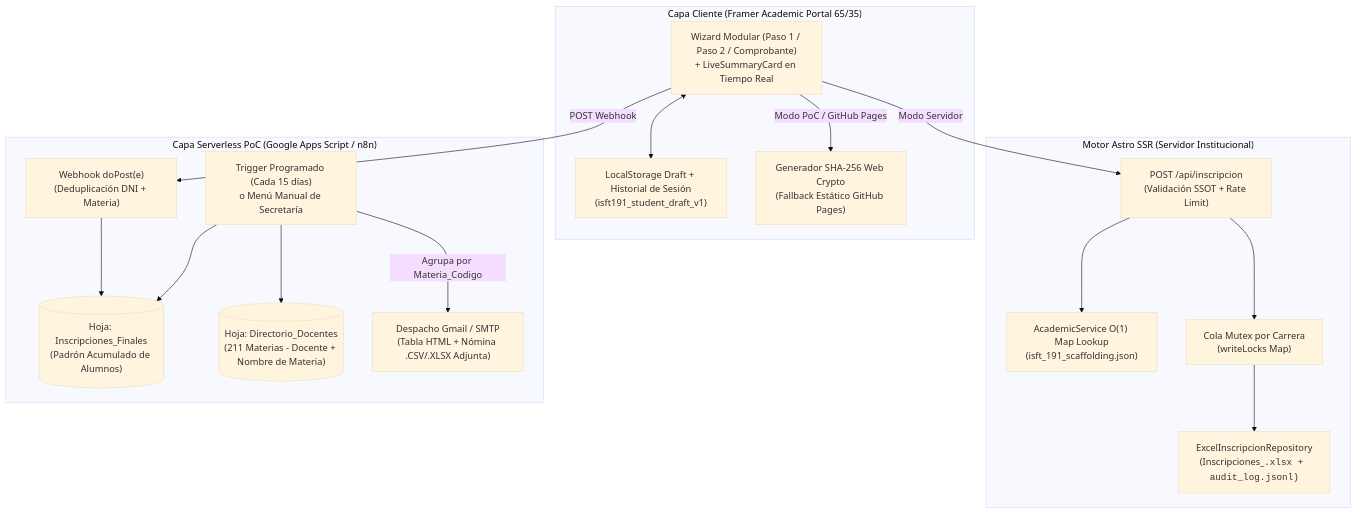
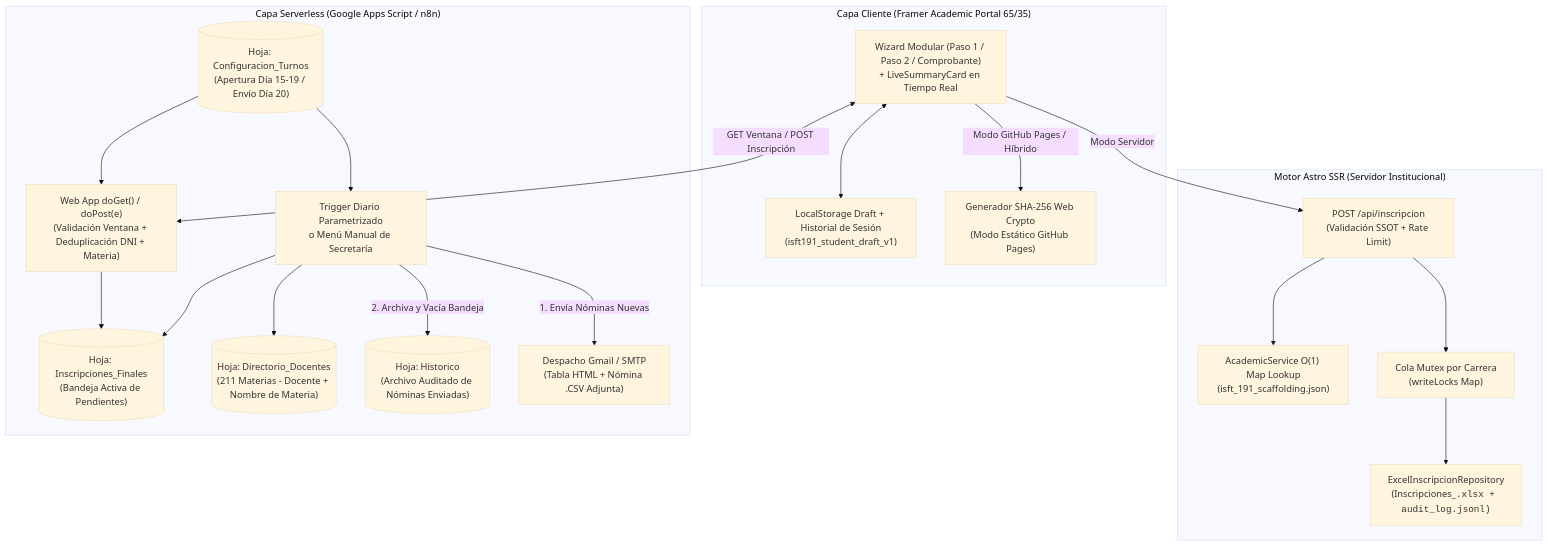
Before and after one commit to nedder3/formularios-web-isft: the first of 2 diagrams in README.md, drawn with Mermaid (base theme). The commit also changed other lines of this file, not shown here.

Commit message:
docs(readme): document live Apps Script endpoint response, Historico sheet flow and updated diagrams

````diff
--- a/README.md
+++ b/README.md
@@ -66,36 +66,41 @@
 ```mermaid
 flowchart TD
     subgraph ClientLayer["Capa Cliente (Framer Academic Portal 65/35)"]
         UI["Wizard Modular (Paso 1 / Paso 2 / Comprobante)\n+ LiveSummaryCard en Tiempo Real"]
         Draft["LocalStorage Draft + Historial de Sesión\n(isft191_student_draft_v1)"]
-        Crypto["Generador SHA-256 Web Crypto\n(Fallback Estático GitHub Pages)"]
+        Crypto["Generador SHA-256 Web Crypto\n(Modo Estático GitHub Pages)"]
     end
 
     subgraph ServerLayer["Motor Astro SSR (Servidor Institucional)"]
         APIPost["POST /api/inscripcion\n(Validación SSOT + Rate Limit)"]
         Catalog["AcademicService O(1) Map Lookup\n(isft_191_scaffolding.json)"]
         Mutex["Cola Mutex por Carrera\n(writeLocks Map)"]
         ExcelEngine["ExcelInscripcionRepository\n(Inscripciones_<CODE>.xlsx + audit_log.jsonl)"]
     end
 
-    subgraph AutomationLayer["Capa Serverless PoC (Google Apps Script / n8n)"]
-        Webhook["Webhook doPost(e)\n(Deduplicación DNI + Materia)"]
-        SheetIns[("Hoja: Inscripciones_Finales\n(Padrón Acumulado de Alumnos)")]
+    subgraph AutomationLayer["Capa Serverless (Google Apps Script / n8n)"]
+        SheetCfg[("Hoja: Configuracion_Turnos\n(Apertura Día 15-19 / Envío Día 20)")]
+        Webhook["Web App doGet() / doPost(e)\n(Validación Ventana + Deduplicación DNI + Materia)"]
+        SheetIns[("Hoja: Inscripciones_Finales\n(Bandeja Activa de Pendientes)")]
         SheetDoc[("Hoja: Directorio_Docentes\n(211 Materias - Docente + Nombre de Materia)")]
-        Cron["Trigger Programado (Cada 15 días)\no Menú Manual de Secretaría"]
-        Mailer["Despacho Gmail / SMTP\n(Tabla HTML + Nómina .CSV/.XLSX Adjunta)"]
+        SheetHist[("Hoja: Historico\n(Archivo Auditado de Nóminas Enviadas)")]
+        Cron["Trigger Diario Parametrizado\no Menú Manual de Secretaría"]
+        Mailer["Despacho Gmail / SMTP\n(Tabla HTML + Nómina .CSV Adjunta)"]
     end
 
     UI <--> Draft
     UI -->|Modo Servidor| APIPost
     APIPost --> Catalog
     APIPost --> Mutex
     Mutex --> ExcelEngine
 
-    UI -->|Modo PoC / GitHub Pages| Crypto
-    UI -->|POST Webhook| Webhook
+    UI -->|Modo GitHub Pages / Híbrido| Crypto
+    UI <-->|GET Ventana / POST Inscripción| Webhook
+    SheetCfg --> Webhook
     Webhook --> SheetIns
+    SheetCfg --> Cron
     Cron --> SheetIns
     Cron --> SheetDoc
-    Cron -->|Agrupa por Materia_Codigo| Mailer
+    Cron -->|1. Envía Nóminas Nuevas| Mailer
+    Cron -->|2. Archiva y Vacía Bandeja| SheetHist
 ```
````
